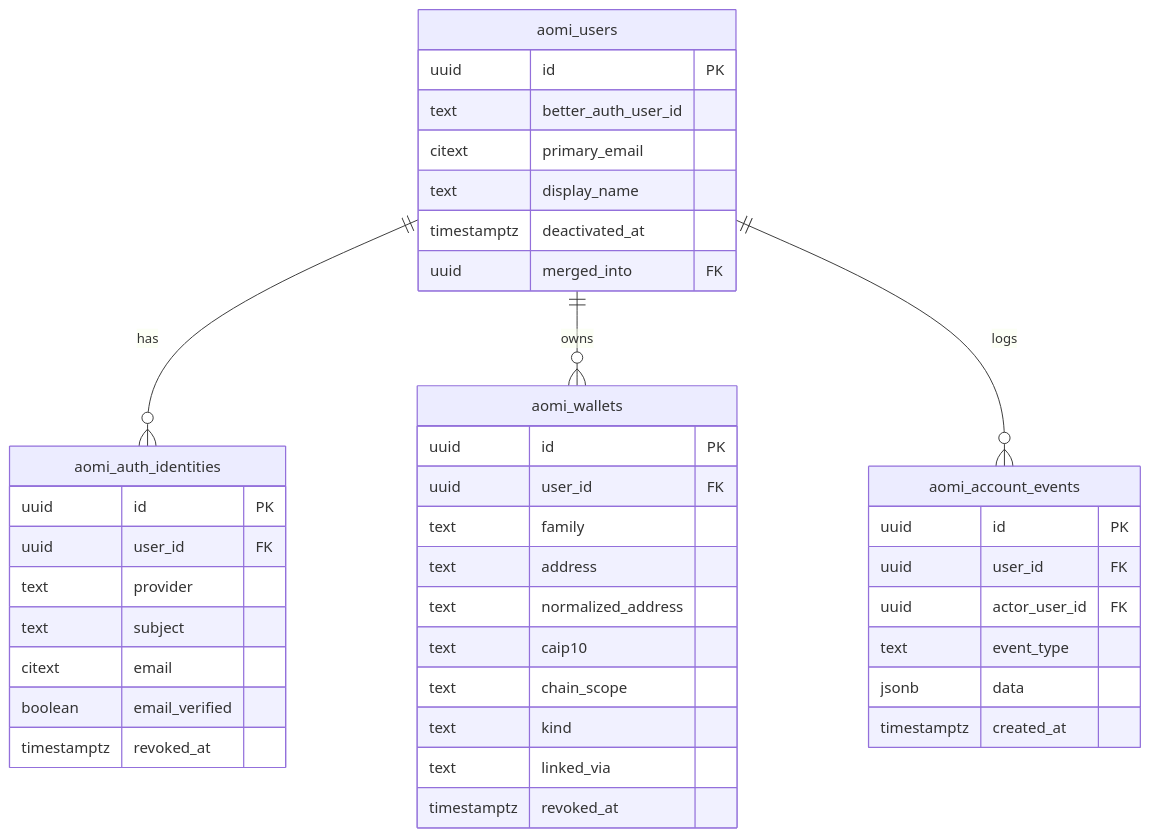
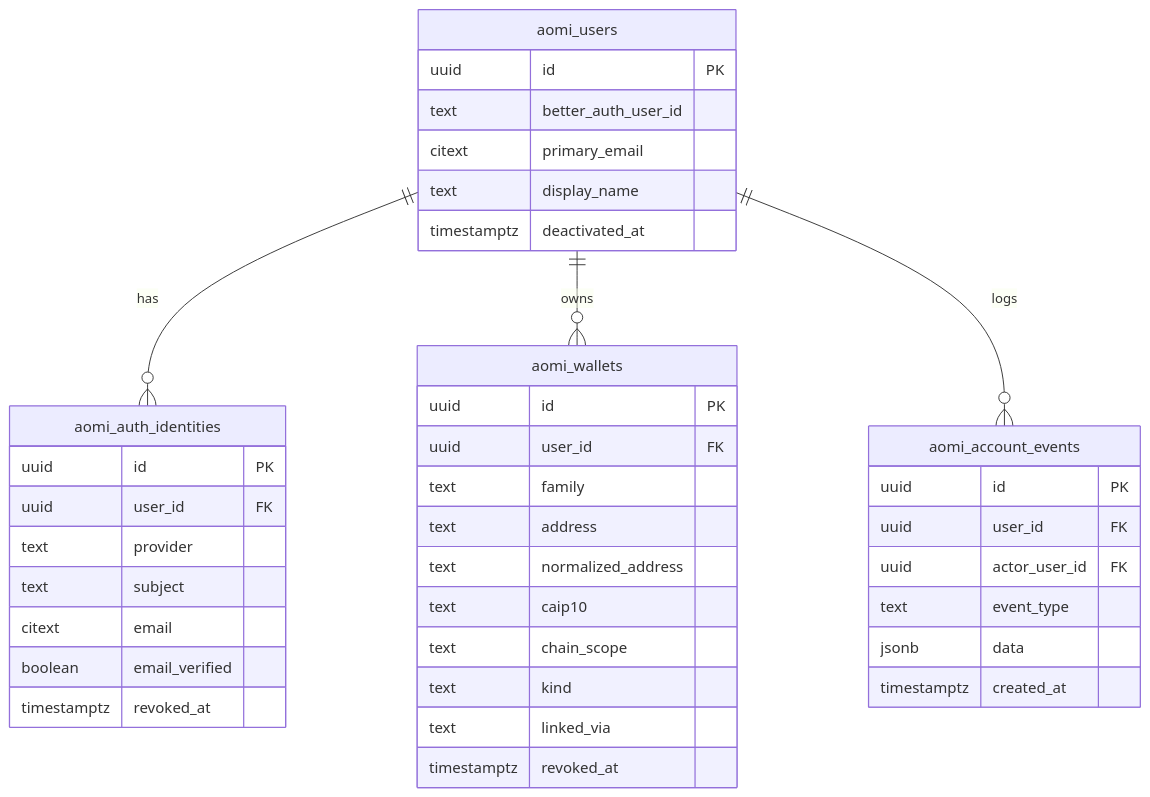
Before and after one commit to aomi-labs/aomi-widget: the fifth of 6 diagrams in specs/WIDGET-AUTH-PLAN.md, drawn with Mermaid. The commit also changed other lines of this file and 21 other files, not shown here.

````diff
--- a/specs/WIDGET-AUTH-PLAN.md
+++ b/specs/WIDGET-AUTH-PLAN.md
@@ -528,43 +495,42 @@
 ```mermaid
 erDiagram
   aomi_users ||--o{ aomi_auth_identities : "has"
   aomi_users ||--o{ aomi_wallets : "owns"
   aomi_users ||--o{ aomi_account_events : "logs"
   aomi_users {
     uuid id PK
     text better_auth_user_id
     citext primary_email
     text display_name
     timestamptz deactivated_at
-    uuid merged_into FK
   }
   aomi_auth_identities {
     uuid id PK
     uuid user_id FK
     text provider
     text subject
     citext email
     boolean email_verified
     timestamptz revoked_at
   }
   aomi_wallets {
     uuid id PK
     uuid user_id FK
     text family
     text address
     text normalized_address
     text caip10
     text chain_scope
     text kind
     text linked_via
     timestamptz revoked_at
   }
   aomi_account_events {
     uuid id PK
     uuid user_id FK
     uuid actor_user_id FK
     text event_type
     jsonb data
     timestamptz created_at
   }
 ```
````
